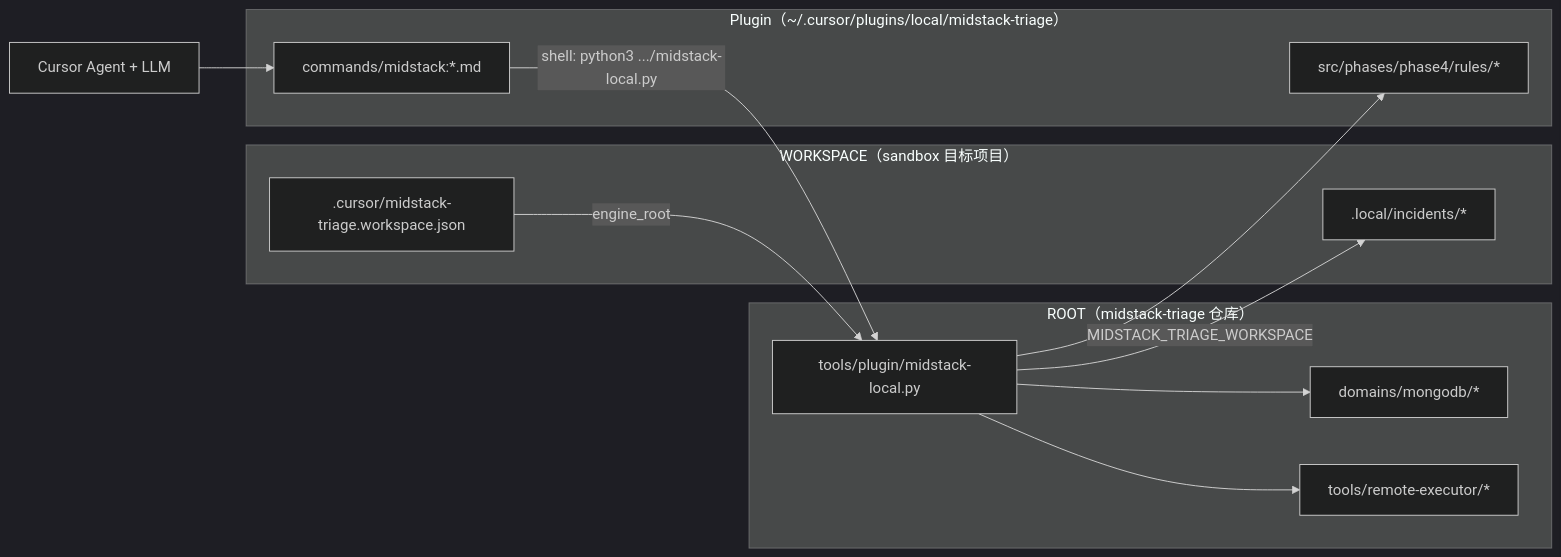
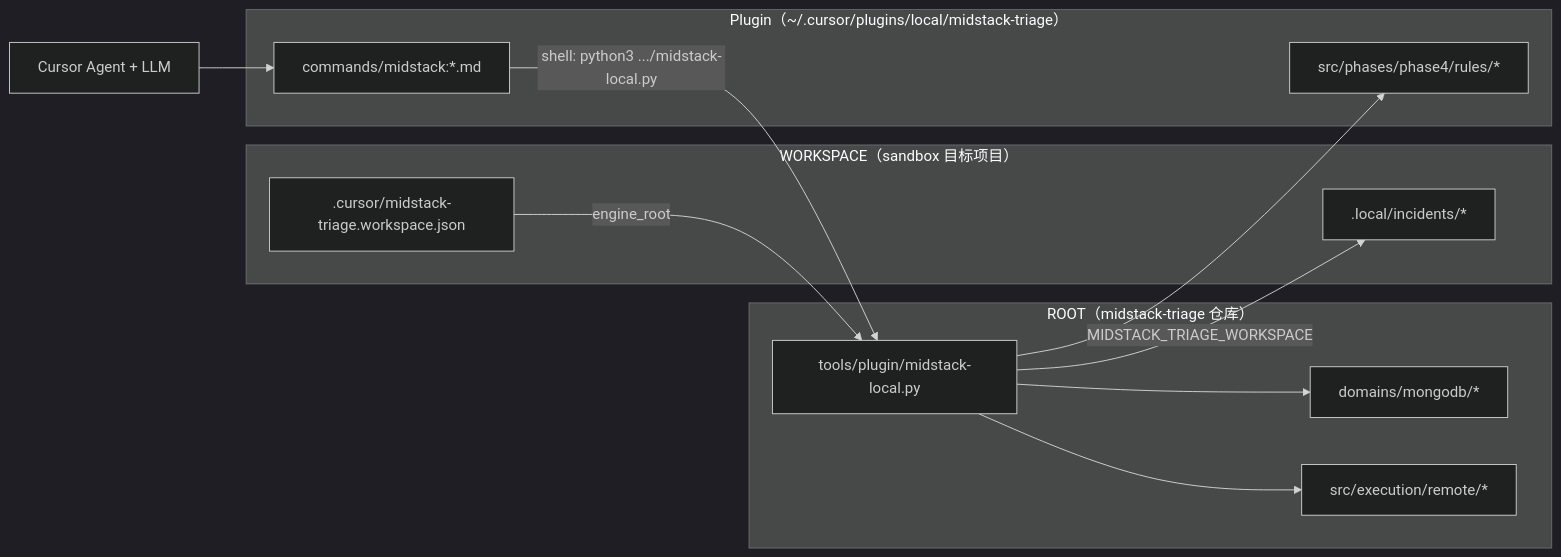
The diagram in docs/specs/sandbox-minimal-dependencies.spec.md (yangxianjungree/midstack-triage), drawn with Mermaid (dark theme) before and after one commit. The commit also changed other lines of this file and 79 other files, not shown here.

````diff
--- a/docs/specs/sandbox-minimal-dependencies.spec.md
+++ b/docs/specs/sandbox-minimal-dependencies.spec.md
@@ -66,27 +68,27 @@
 ```mermaid
 flowchart LR
   subgraph workspace ["WORKSPACE（sandbox 目标项目）"]
     State[".cursor/midstack-triage.workspace.json"]
     Local[".local/incidents/*"]
   end
 
   subgraph plugin ["Plugin（~/.cursor/plugins/local/midstack-triage）"]
     Cmds["commands/midstack:*.md"]
     Rules["rules/midstack-triage.mdc"]
   end
 
   subgraph root ["ROOT（midstack-triage 仓库）"]
     LocalPy["tools/plugin/midstack-local.py"]
     Domains["domains/mongodb/*"]
-    Tools["tools/remote-executor/*"]
+    Remote["src/execution/remote/*"]
     Rules["src/phases/phase4/rules/*"]
   end
 
   Cursor["Cursor Agent + LLM"] --> Cmds
   Cmds -->|"shell: python3 .../midstack-local.py"| LocalPy
   State -->|"engine_root"| LocalPy
   LocalPy -->|"MIDSTACK_TRIAGE_WORKSPACE"| Local
   LocalPy --> Domains
-  LocalPy --> Tools
+  LocalPy --> Remote
   LocalPy --> Rules
 ```
````
